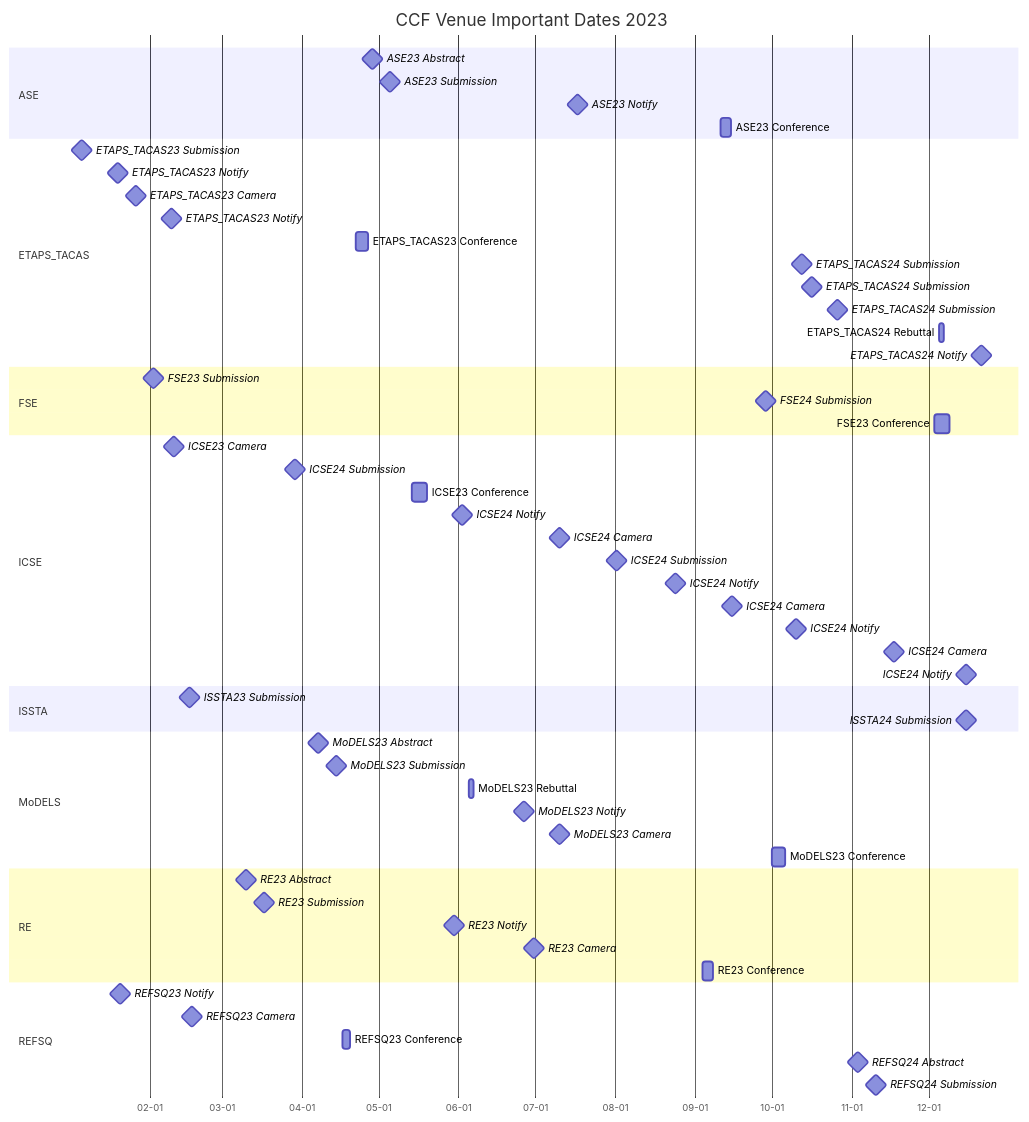
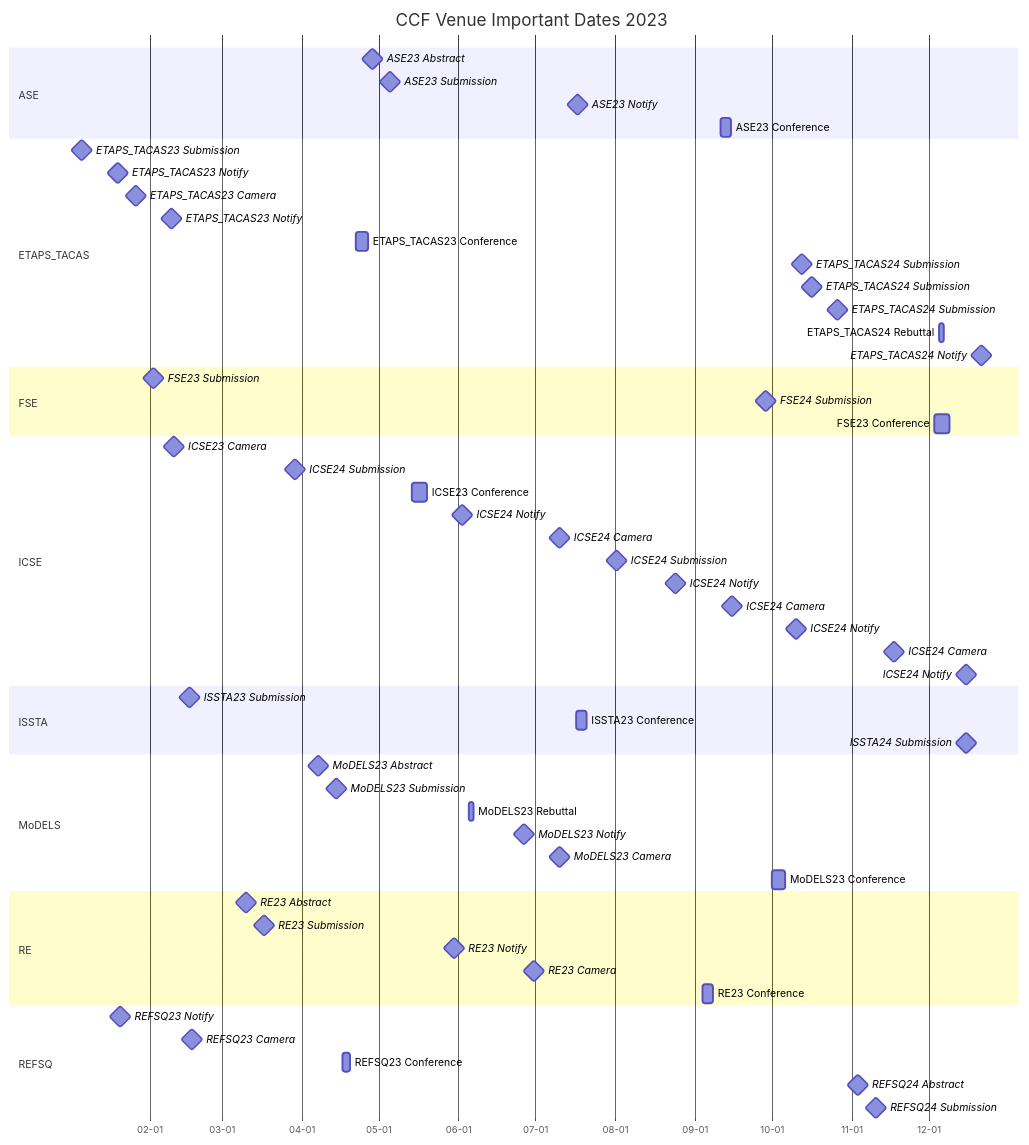
One commit to HansBug/research_ideas changed the sixth of 9 diagrams in ccf_venues/TIMELINE.md. Above: the diagram before and after it, drawn with Mermaid. The commit also changed other lines of this file and 6 other files, not shown here.

````diff
--- a/ccf_venues/TIMELINE.md
+++ b/ccf_venues/TIMELINE.md
@@ -609,69 +610,70 @@
 ```mermaid
 gantt
   title CCF Venue Important Dates 2023
   dateFormat YYYY-MM-DD
   axisFormat %m-%d
 
   section ASE
   ASE23 Abstract :milestone, ase_2023_1_20230428, 2023-04-28, 1d
   ASE23 Submission :milestone, ase_2023_2_20230505, 2023-05-05, 1d
   ASE23 Notify :milestone, ase_2023_3_20230717, 2023-07-17, 1d
   ASE23 Conference :ase_2023_4_20230911, 2023-09-11, 2023-09-15
 
   section ETAPS_TACAS
   ETAPS_TACAS23 Submission :milestone, etaps_tacas_2023_1_20230105, 2023-01-05, 1d
   ETAPS_TACAS23 Notify :milestone, etaps_tacas_2023_2_20230119, 2023-01-19, 1d
   ETAPS_TACAS23 Camera :milestone, etaps_tacas_2023_3_20230126, 2023-01-26, 1d
   ETAPS_TACAS23 Notify :milestone, etaps_tacas_2023_4_20230209, 2023-02-09, 1d
   ETAPS_TACAS23 Conference :etaps_tacas_2023_5_20230422, 2023-04-22, 2023-04-27
   ETAPS_TACAS24 Submission :milestone, etaps_tacas_2023_6_20231012, 2023-10-12, 1d
   ETAPS_TACAS24 Submission :milestone, etaps_tacas_2023_7_20231016, 2023-10-16, 1d
   ETAPS_TACAS24 Submission :milestone, etaps_tacas_2023_8_20231026, 2023-10-26, 1d
   ETAPS_TACAS24 Rebuttal :etaps_tacas_2023_9_20231205, 2023-12-05, 2023-12-07
   ETAPS_TACAS24 Notify :milestone, etaps_tacas_2023_10_20231221, 2023-12-21, 1d
 
   section FSE
   FSE23 Submission :milestone, fse_2023_1_20230202, 2023-02-02, 1d
   FSE24 Submission :milestone, fse_2023_2_20230928, 2023-09-28, 1d
   FSE23 Conference :fse_2023_3_20231203, 2023-12-03, 2023-12-09
 
   section ICSE
   ICSE23 Camera :milestone, icse_2023_1_20230210, 2023-02-10, 1d
   ICSE24 Submission :milestone, icse_2023_2_20230329, 2023-03-29, 1d
   ICSE23 Conference :icse_2023_3_20230514, 2023-05-14, 2023-05-20
   ICSE24 Notify :milestone, icse_2023_4_20230602, 2023-06-02, 1d
   ICSE24 Camera :milestone, icse_2023_5_20230710, 2023-07-10, 1d
   ICSE24 Submission :milestone, icse_2023_6_20230801, 2023-08-01, 1d
   ICSE24 Notify :milestone, icse_2023_7_20230824, 2023-08-24, 1d
   ICSE24 Camera :milestone, icse_2023_8_20230915, 2023-09-15, 1d
   ICSE24 Notify :milestone, icse_2023_9_20231010, 2023-10-10, 1d
   ICSE24 Camera :milestone, icse_2023_10_20231117, 2023-11-17, 1d
   ICSE24 Notify :milestone, icse_2023_11_20231215, 2023-12-15, 1d
 
   section ISSTA
   ISSTA23 Submission :milestone, issta_2023_1_20230216, 2023-02-16, 1d
-  ISSTA24 Submission :milestone, issta_2023_2_20231215, 2023-12-15, 1d
+  ISSTA23 Conference :issta_2023_2_20230717, 2023-07-17, 2023-07-21
+  ISSTA24 Submission :milestone, issta_2023_3_20231215, 2023-12-15, 1d
 
   section MoDELS
   MoDELS23 Abstract :milestone, models_2023_1_20230407, 2023-04-07, 1d
   MoDELS23 Submission :milestone, models_2023_2_20230414, 2023-04-14, 1d
   MoDELS23 Rebuttal :models_2023_3_20230605, 2023-06-05, 2023-06-07
   MoDELS23 Notify :milestone, models_2023_4_20230626, 2023-06-26, 1d
   MoDELS23 Camera :milestone, models_2023_5_20230710, 2023-07-10, 1d
   MoDELS23 Conference :models_2023_6_20231001, 2023-10-01, 2023-10-06
 
   section RE
   RE23 Abstract :milestone, re_2023_1_20230310, 2023-03-10, 1d
   RE23 Submission :milestone, re_2023_2_20230317, 2023-03-17, 1d
   RE23 Notify :milestone, re_2023_3_20230530, 2023-05-30, 1d
   RE23 Camera :milestone, re_2023_4_20230630, 2023-06-30, 1d
   RE23 Conference :re_2023_5_20230904, 2023-09-04, 2023-09-08
 
   section REFSQ
   REFSQ23 Notify :milestone, refsq_2023_1_20230120, 2023-01-20, 1d
   REFSQ23 Camera :milestone, refsq_2023_2_20230217, 2023-02-17, 1d
   REFSQ23 Conference :refsq_2023_3_20230417, 2023-04-17, 2023-04-20
   REFSQ24 Abstract :milestone, refsq_2023_4_20231103, 2023-11-03, 1d
   REFSQ24 Submission :milestone, refsq_2023_5_20231110, 2023-11-10, 1d
 
 ```
````
